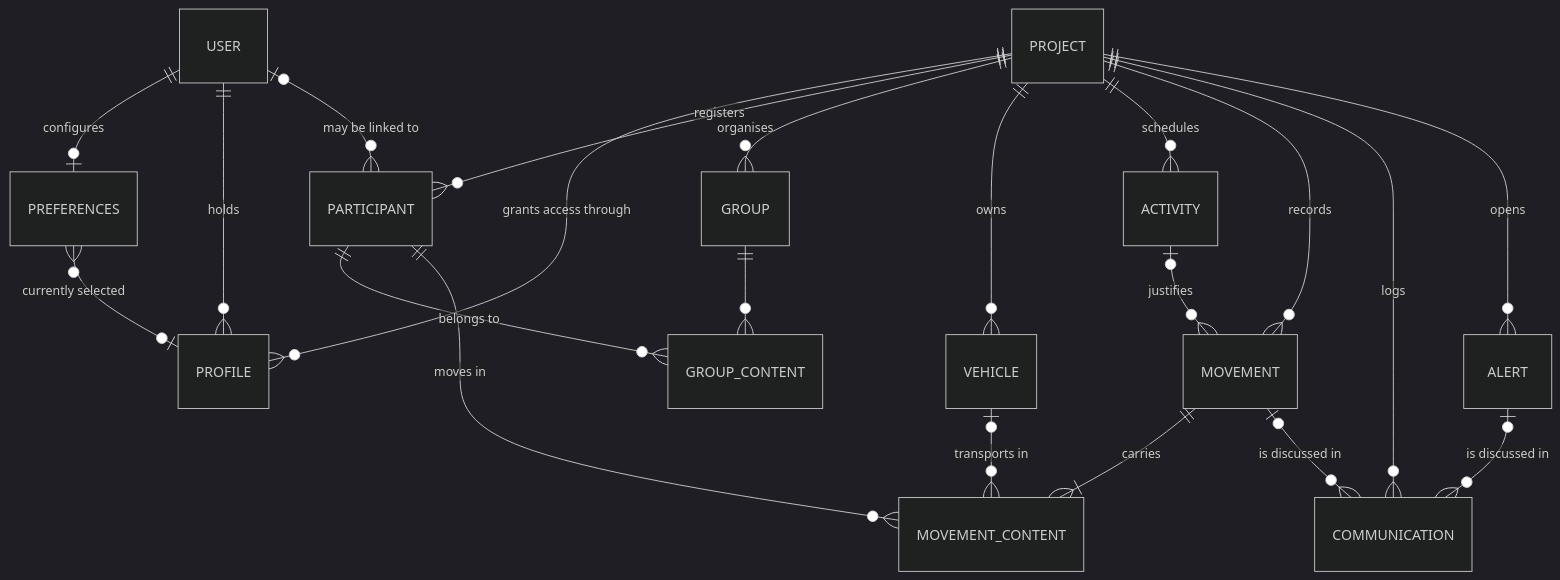
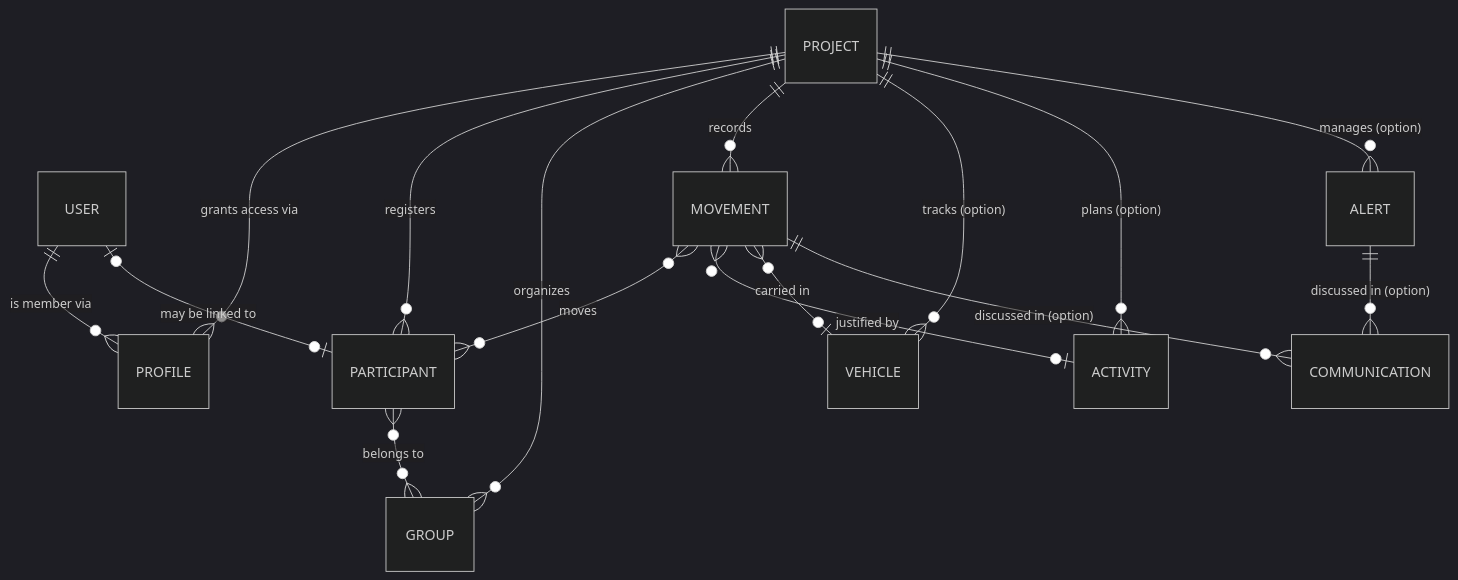
One commit to laucoin/Documentations changed the diagram in documentation/registry/functional/domain-model.md. Above: the diagram before and after it, drawn with Mermaid (dark theme). The commit also changed other lines of this file and 14 other files, not shown here.

````diff
--- a/documentation/registry/functional/domain-model.md
+++ b/documentation/registry/functional/domain-model.md
@@ -13,23 +7,18 @@
 ```mermaid
 erDiagram
-    USER ||--o| PREFERENCES: "configures"
-    USER ||--o{ PROFILE: "holds"
-    PROJECT ||--o{ PROFILE: "grants access through"
-    PREFERENCES }o--o| PROFILE: "currently selected"
-    PROJECT ||--o{ PARTICIPANT: "registers"
-    PROJECT ||--o{ GROUP: "organises"
-    PROJECT ||--o{ VEHICLE: "owns"
-    PROJECT ||--o{ ACTIVITY: "schedules"
-    PROJECT ||--o{ MOVEMENT: "records"
-    PROJECT ||--o{ COMMUNICATION: "logs"
-    PROJECT ||--o{ ALERT: "opens"
-    USER |o--o{ PARTICIPANT: "may be linked to"
-    GROUP ||--o{ GROUP_CONTENT: ""
-    PARTICIPANT ||--o{ GROUP_CONTENT: "belongs to"
-    MOVEMENT ||--|{ MOVEMENT_CONTENT: "carries"
-    PARTICIPANT ||--o{ MOVEMENT_CONTENT: "moves in"
-    VEHICLE |o--o{ MOVEMENT_CONTENT: "transports in"
-    ACTIVITY |o--o{ MOVEMENT: "justifies"
-    MOVEMENT |o--o{ COMMUNICATION: "is discussed in"
-    ALERT |o--o{ COMMUNICATION: "is discussed in"
+    USER ||--o{ PROFILE : "is member via"
+    PROJECT ||--o{ PROFILE : "grants access via"
+    PROJECT ||--o{ PARTICIPANT : registers
+    PROJECT ||--o{ GROUP : organizes
+    PROJECT ||--o{ MOVEMENT : records
+    PROJECT ||--o{ VEHICLE : "tracks (option)"
+    PROJECT ||--o{ ACTIVITY : "plans (option)"
+    PROJECT ||--o{ ALERT : "manages (option)"
+    PARTICIPANT }o--o{ GROUP : "belongs to"
+    USER |o--o| PARTICIPANT : "may be linked to"
+    MOVEMENT }o--o{ PARTICIPANT : "moves"
+    MOVEMENT }o--o| ACTIVITY : "justified by"
+    MOVEMENT }o--o| VEHICLE : "carried in"
+    MOVEMENT ||--o{ COMMUNICATION : "discussed in (option)"
+    ALERT ||--o{ COMMUNICATION : "discussed in (option)"
 ```
````
